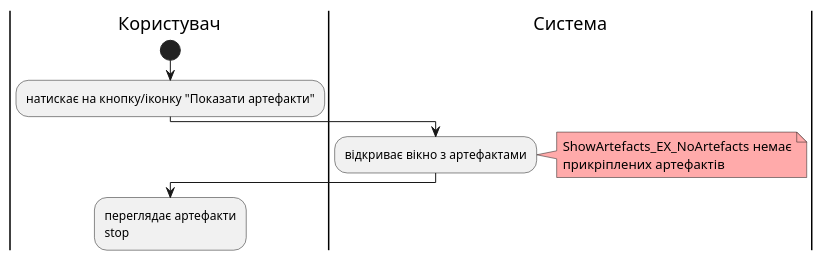
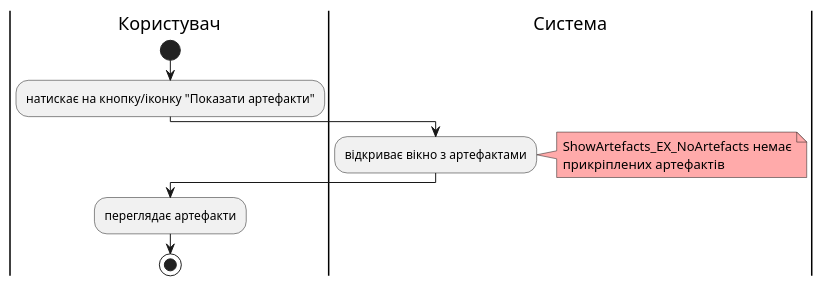
Before and after one commit to cholombytko/project-management-system: diagram 15 of 16 in docs/use cases/README.md, drawn with PlantUML. The commit also changed other lines of this file, not shown here.

Commit message:
delete unnecessary

```diff
--- a/docs/use cases/README.md
+++ b/docs/use cases/README.md
@@ -616,16 +616,16 @@
 @startuml
 
     |Користувач|
         start
         :натискає на кнопку/іконку "Показати артефакти";
     |Система|
         :відкриває вікно з артефактами;
         note right #ffaaaa
         ShowArtefacts_EX_NoArtefacts немає
         прикріплених артефактів
         end note
     |Користувач|
-        :переглядає артефакти
+        :переглядає артефакти;
         stop;
 
 @enduml
```
